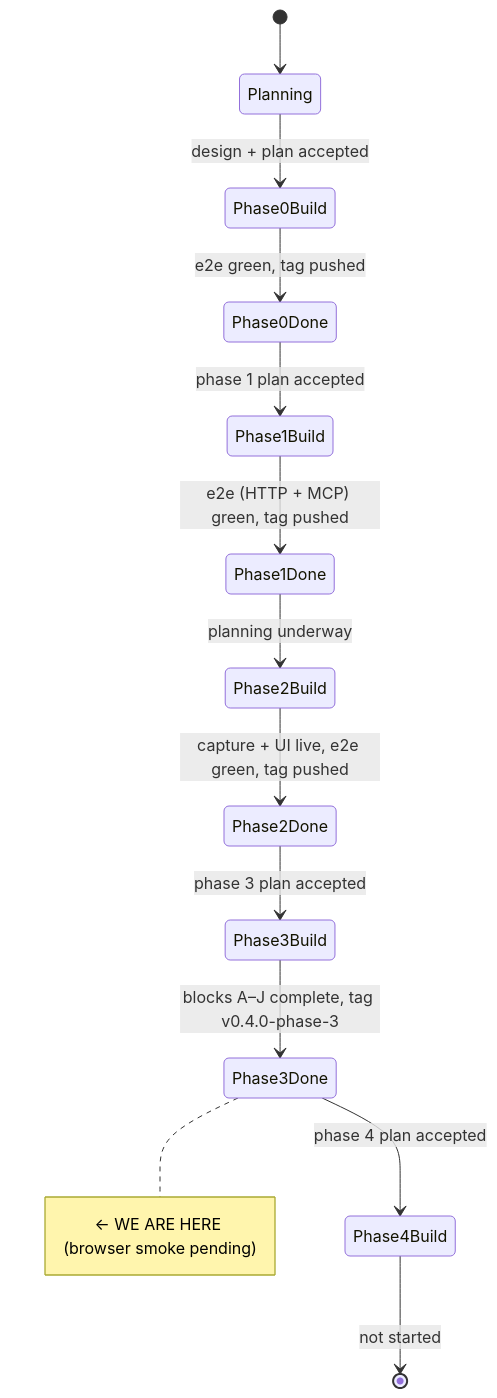
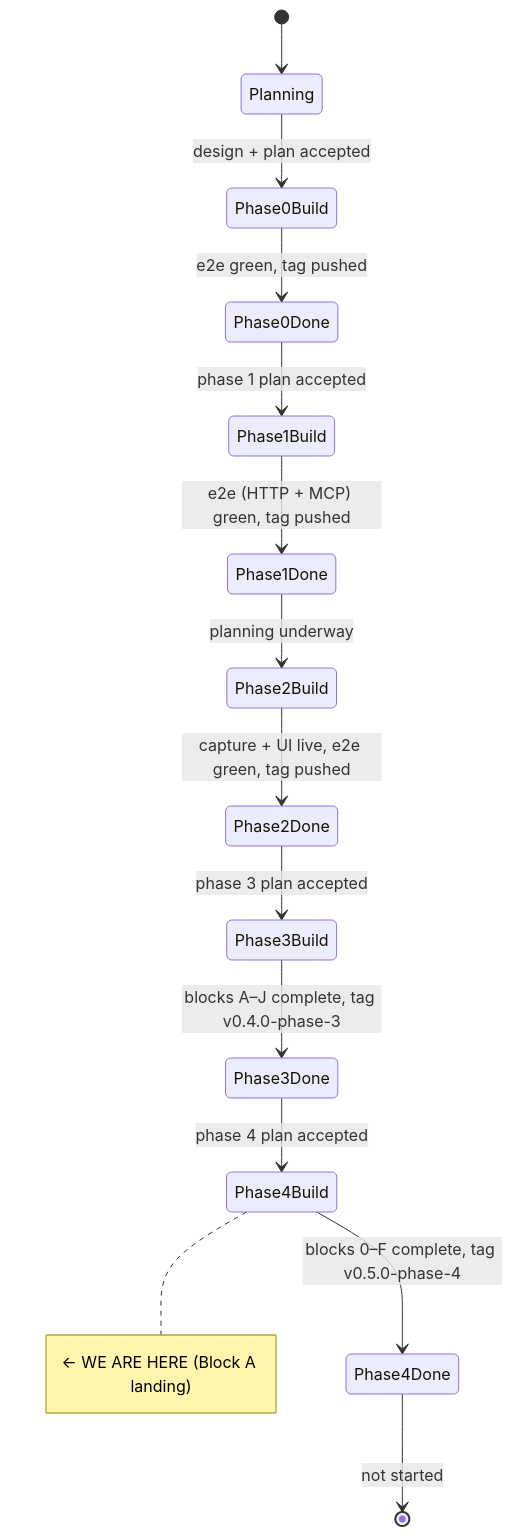
Before and after one commit to dataforaction-tom/soundings: the first of 2 diagrams in STATE.md, drawn with Mermaid. The commit also changed other lines of this file and 17 other files, not shown here.

First line of the commit message:
Phase 4 Block A: Charity Commission loader + civil_society indicators (#8)

````diff
--- a/STATE.md
+++ b/STATE.md
@@ -12,16 +14,17 @@
 ```mermaid
 stateDiagram-v2
     [*] --> Planning
     Planning --> Phase0Build: design + plan accepted
     Phase0Build --> Phase0Done: e2e green, tag pushed
     Phase0Done --> Phase1Build: phase 1 plan accepted
     Phase1Build --> Phase1Done: e2e (HTTP + MCP) green, tag pushed
     Phase1Done --> Phase2Build: planning underway
     Phase2Build --> Phase2Done: capture + UI live, e2e green, tag pushed
     Phase2Done --> Phase3Build: phase 3 plan accepted
     Phase3Build --> Phase3Done: blocks A–J complete, tag v0.4.0-phase-3
     Phase3Done --> Phase4Build: phase 4 plan accepted
-    Phase4Build --> [*]: not started
+    Phase4Build --> Phase4Done: blocks 0–F complete, tag v0.5.0-phase-4
+    Phase4Done --> [*]: not started
 
-    note right of Phase3Done: ← WE ARE HERE (browser smoke pending)
+    note right of Phase4Build: ← WE ARE HERE (Block A landing)
 ```
````
